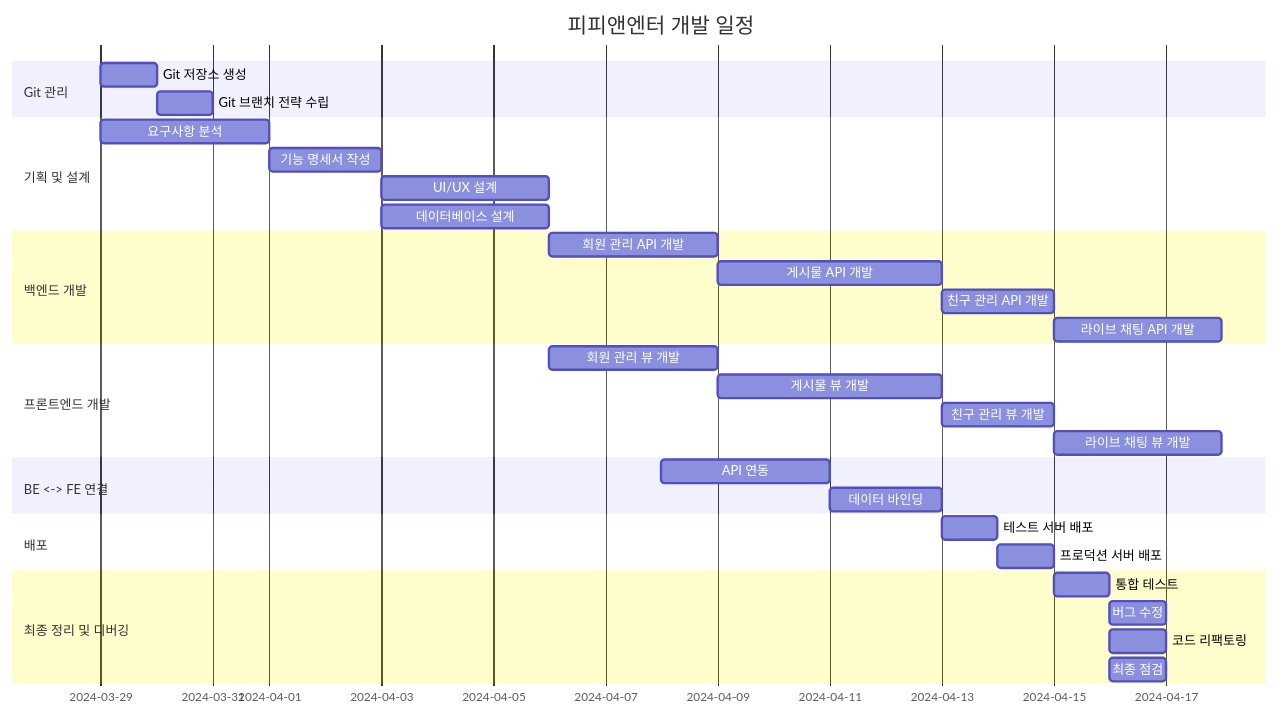
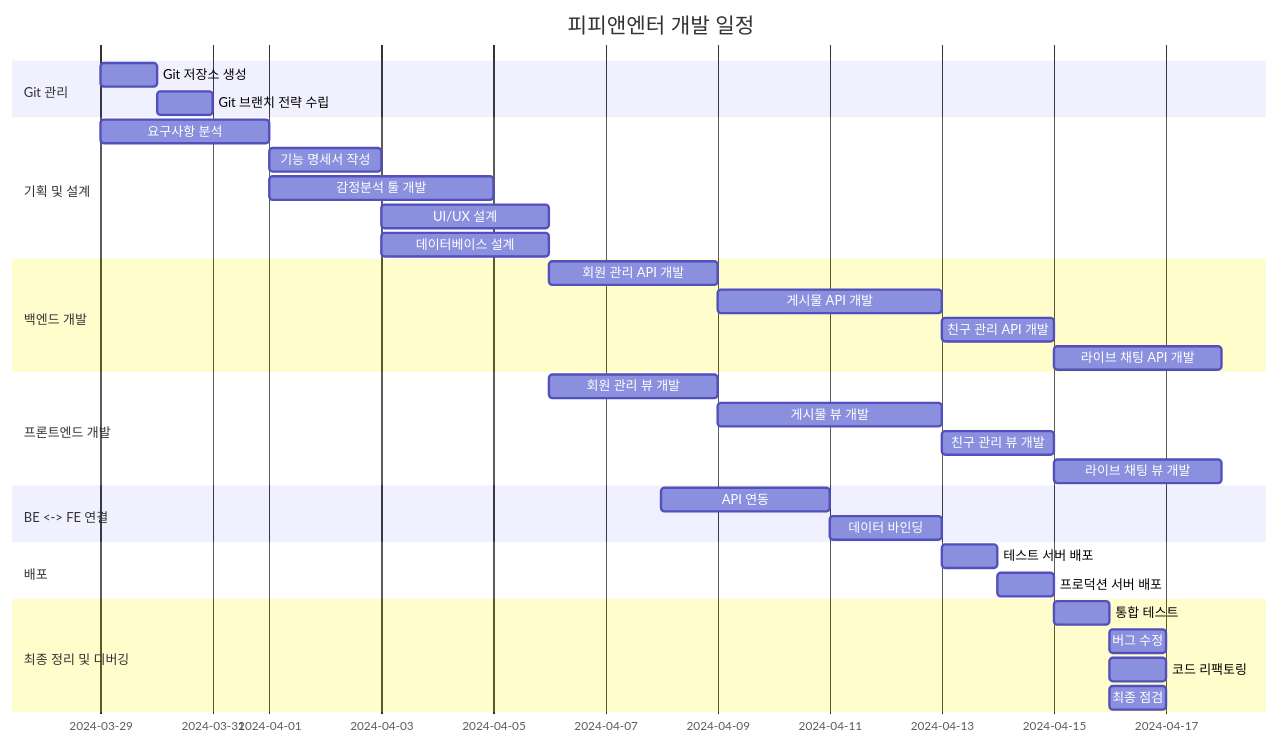
The second of 6 diagrams in README.md (PP-ENTER/PP-ENTER-BE), drawn with Mermaid before and after one commit.

Commit message:
DOCS: WBS 수정

````diff
--- a/README.md
+++ b/README.md
@@ -260,44 +260,45 @@
 ```mermaid
 
 gantt
     title 피피앤엔터 개발 일정
     dateFormat YY-MM-DD
     axisFormat %Y-%m-%d
 
     section Git 관리
     Git 저장소 생성 : des1, 2024-03-29, 1d
     Git 브랜치 전략 수립 : des2, after des1, 1d
 
     section 기획 및 설계
     요구사항 분석 : des3, 2024-03-29, 3d
     기능 명세서 작성 : des4, after des3, 2d
+    감정분석 툴 개발 : after des3, 4d
     UI/UX 설계 : des5, after des4, 3d
     데이터베이스 설계 : des6, after des4, 3d
 
     section 백엔드 개발
     회원 관리 API 개발 : des7, after des6, 3d
     게시물 API 개발 : des8, after des7, 4d
     친구 관리 API 개발 : des9, after des8, 2d
     라이브 채팅 API 개발 : des10, after des9, 3d
 
     section 프론트엔드 개발
     회원 관리 뷰 개발 : des11, after des5, 3d
     게시물 뷰 개발 : des12, after des11, 4d
     친구 관리 뷰 개발 : des13, after des12, 2d
     라이브 채팅 뷰 개발 : des14, after des13, 3d
 
     section BE <-> FE 연결
     API 연동 : des15, 2024-04-08, 3d
     데이터 바인딩 : des16, after des15, 2d
 
     section 배포
     테스트 서버 배포 : des17, 2024-04-13, 1d
     프로덕션 서버 배포 : des18, after des17, 1d
 
     section 최종 정리 및 디버깅
     통합 테스트 : des19, 2024-04-15, 1d
     버그 수정 : des20, 2024-04-16, 1d
     코드 리팩토링 : des21, 2024-04-16, 1d
     최종 점검 : des22, 2024-04-16, 1d
 
 ```
````
